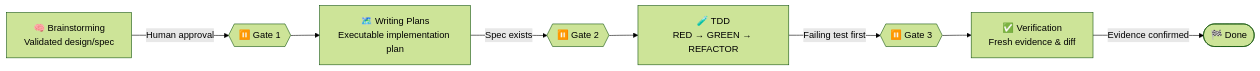
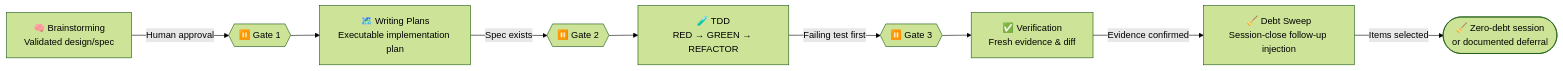
The first of 6 diagrams in Super Ultra Code Plan Implementation.md (belajarcarabelajar/ai-skills), drawn with Mermaid (forest theme) before and after one commit. The commit also changed other lines of this file and 5 other files, not shown here.

Commit message:
feat: add mandatory session-close debt sweep and follow-up question injection

````diff
--- a/Super Ultra Code Plan Implementation.md
+++ b/Super Ultra Code Plan Implementation.md
@@ -71,11 +73,12 @@
 ```mermaid
 flowchart LR
     B["🧠 Brainstorming\nValidated design/spec"]
     B -->|"Human approval"| G1{{"⏸️ Gate 1"}}
     G1 --> P["🗺️ Writing Plans\nExecutable implementation plan"]
     P -->|"Spec exists"| G2{{"⏸️ Gate 2"}}
     G2 --> T["🧪 TDD\nRED → GREEN → REFACTOR"]
     T -->|"Failing test first"| G3{{"⏸️ Gate 3"}}
     G3 --> V["✅ Verification\nFresh evidence & diff"]
-    V -->|"Evidence confirmed"| Done(["🏁 Done"])
+    V -->|"Evidence confirmed"| S["🧹 Debt Sweep\nSession-close follow-up injection"]
+    S -->|"Items selected"| Sweep(["🧹 Zero-debt session\nor documented deferral"])
 ```
````
